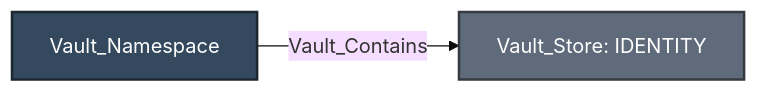
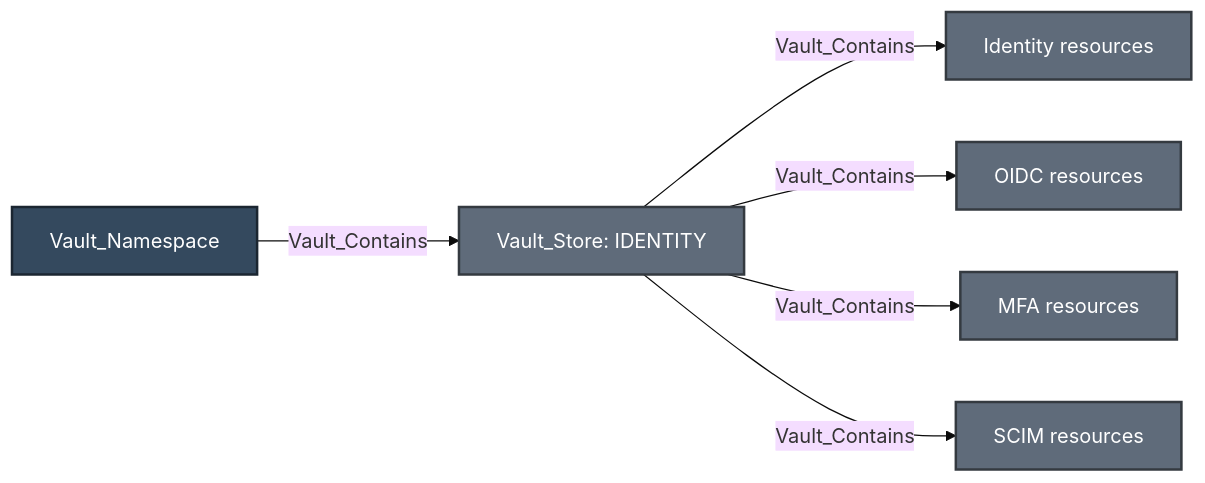
One commit to bytewreck/opengraph-vault changed the first of 12 diagrams in Documentation/stores/IDENTITY.md. Above: the diagram before and after it, drawn with Mermaid (base theme). The commit also changed other lines of this file, not shown here.

````diff
--- a/Documentation/stores/IDENTITY.md
+++ b/Documentation/stores/IDENTITY.md
@@ -9,7 +9,11 @@
 ```mermaid
 flowchart LR
     namespace[Vault_Namespace]:::namespaceNode -->|Vault_Contains| store[Vault_Store: IDENTITY]:::storeNode
+    store -->|Vault_Contains| identities["Identity resources"]:::storeNode
+    store -->|Vault_Contains| oidc["OIDC resources"]:::storeNode
+    store -->|Vault_Contains| mfa["MFA resources"]:::storeNode
+    store -->|Vault_Contains| scim["SCIM resources"]:::storeNode
 
     classDef namespaceNode fill:#34495E,color:#fff,stroke:#1B2631,stroke-width:2px
     classDef storeNode fill:#5F6B7A,color:#fff,stroke:#343A40,stroke-width:2px
 ```
````
